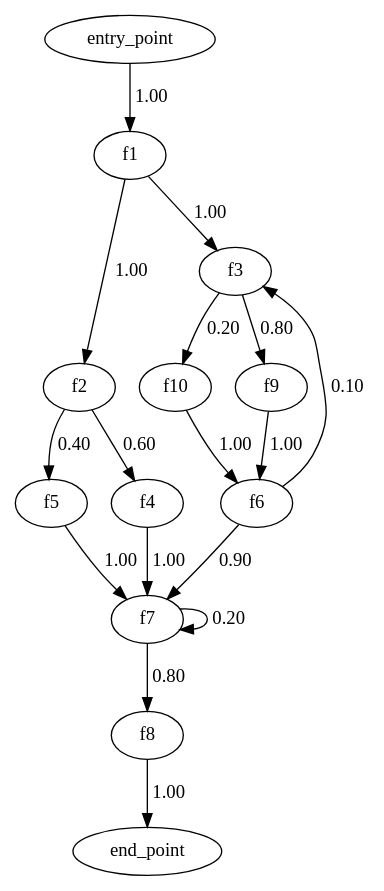
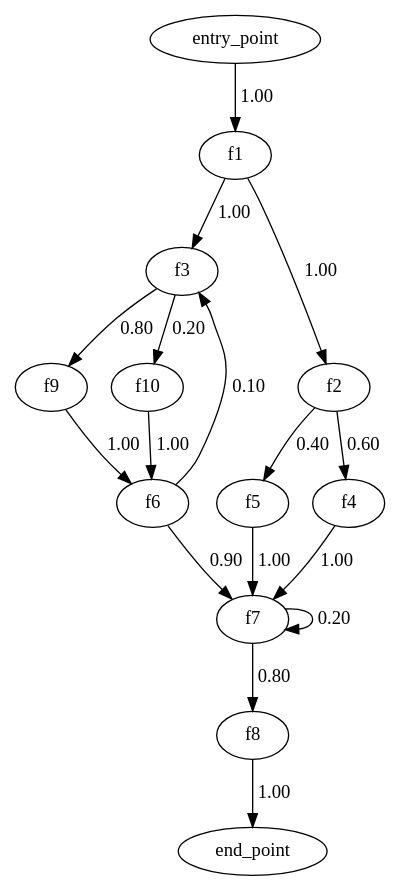
One commit to KlasafGeijerstam/openwhisk changed the diagram in modifications/data_logger/original.dot. Above: the diagram before and after it, drawn with Graphviz. The commit also changed 7 other files, not shown here.

```diff
--- a/modifications/data_logger/original.dot
+++ b/modifications/data_logger/original.dot
@@ -1,30 +1,30 @@
 digraph {
-    0 [ label = "f5"]
-    1 [ label = "f10"]
-    2 [ label = "f1"]
-    3 [ label = "entry_point"]
-    4 [ label = "f8"]
-    5 [ label = "end_point"]
-    6 [ label = "f7"]
-    7 [ label = "f4"]
-    8 [ label = "f2"]
-    9 [ label = "f3"]
-    10 [ label = "f9"]
-    11 [ label = "f6"]
-    0 -> 6 [ label = "1.00"]
-    1 -> 11 [ label = "1.00"]
-    2 -> 8 [ label = "1.00"]
-    2 -> 9 [ label = "1.00"]
-    3 -> 2 [ label = "1.00"]
-    4 -> 5 [ label = "1.00"]
-    6 -> 6 [ label = "0.20"]
-    6 -> 4 [ label = "0.80"]
+    0 [ label = "f8"]
+    1 [ label = "end_point"]
+    2 [ label = "f9"]
+    3 [ label = "f3"]
+    4 [ label = "f5"]
+    5 [ label = "f4"]
+    6 [ label = "f6"]
+    7 [ label = "f10"]
+    8 [ label = "entry_point"]
+    9 [ label = "f1"]
+    10 [ label = "f2"]
+    11 [ label = "f7"]
+    0 -> 1 [ label = "1.00"]
+    2 -> 6 [ label = "1.00"]
+    3 -> 7 [ label = "0.20"]
+    3 -> 2 [ label = "0.80"]
+    4 -> 11 [ label = "1.00"]
+    5 -> 11 [ label = "1.00"]
+    6 -> 3 [ label = "0.10"]
+    6 -> 11 [ label = "0.90"]
     7 -> 6 [ label = "1.00"]
-    8 -> 7 [ label = "0.60"]
-    8 -> 0 [ label = "0.40"]
-    9 -> 1 [ label = "0.20"]
-    9 -> 10 [ label = "0.80"]
-    10 -> 11 [ label = "1.00"]
-    11 -> 9 [ label = "0.10"]
-    11 -> 6 [ label = "0.90"]
+    8 -> 9 [ label = "1.00"]
+    9 -> 10 [ label = "1.00"]
+    9 -> 3 [ label = "1.00"]
+    10 -> 5 [ label = "0.60"]
+    10 -> 4 [ label = "0.40"]
+    11 -> 11 [ label = "0.20"]
+    11 -> 0 [ label = "0.80"]
 }
```
